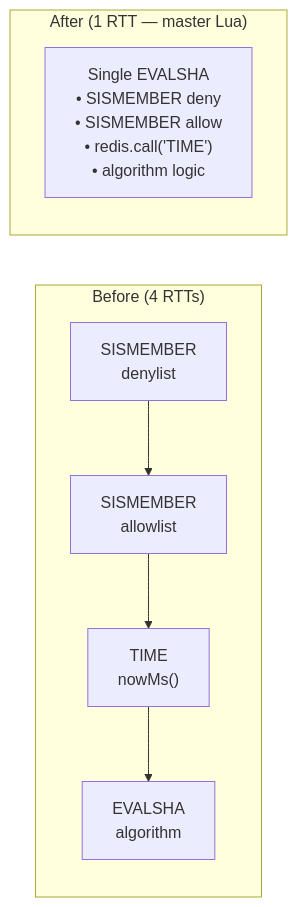
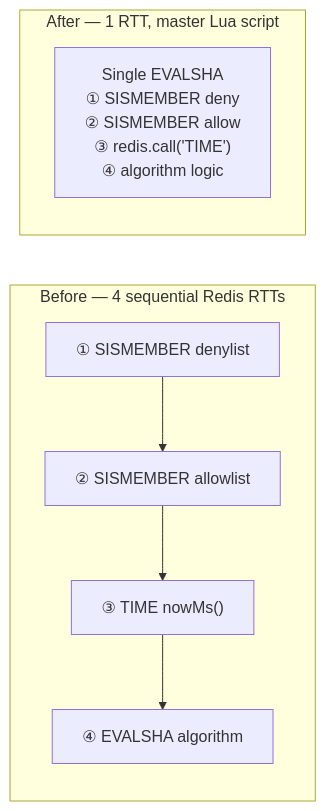
One commit to Manan-jn/rate-limiter changed diagram 11 of 11 in README.md. Above: the diagram before and after it, drawn with Mermaid. The commit also changed other lines of this file, not shown here.

Commit message:
Restructure README with Mermaid charts and performance benchmarks

````diff
--- a/README.md
+++ b/README.md
@@ -641,9 +571,9 @@
 ```mermaid
 graph LR
-    subgraph "Before (4 RTTs)"
-        A1["SISMEMBER\ndenylist"] --> A2["SISMEMBER\nallowlist"] --> A3["TIME\nnowMs()"] --> A4["EVALSHA\nalgorithm"]
+    subgraph "Before — 4 sequential Redis RTTs"
+        A1["① SISMEMBER denylist"] --> A2["② SISMEMBER allowlist"] --> A3["③ TIME nowMs()"] --> A4["④ EVALSHA algorithm"]
     end
-    subgraph "After (1 RTT — master Lua)"
-        B1["Single EVALSHA\n• SISMEMBER deny\n• SISMEMBER allow\n• redis.call('TIME')\n• algorithm logic"]
+    subgraph "After — 1 RTT, master Lua script"
+        B1["Single EVALSHA\n① SISMEMBER deny\n② SISMEMBER allow\n③ redis.call('TIME')\n④ algorithm logic"]
     end
 ```
````
